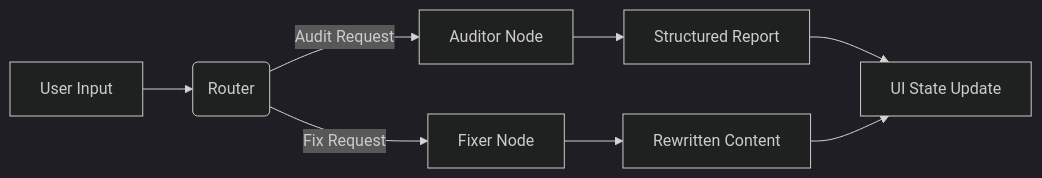
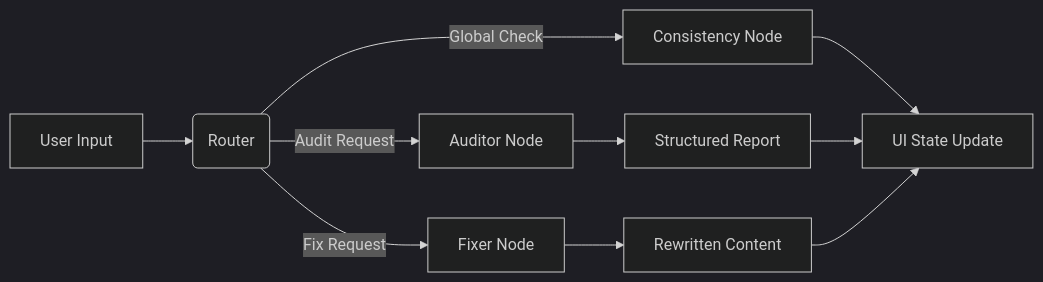
The diagram in README.md (TriT-AI/brainstormpw), drawn with Mermaid (dark theme) before and after one commit. The commit also changed other lines of this file and 8 other files, not shown here.

Commit message:
feat: implement global audit consistency check, update UI, and restore auditor logic

````diff
--- a/README.md
+++ b/README.md
@@ -28,10 +29,12 @@
 ```mermaid
 graph LR
     A[User Input] --> B(Router)
     B -->|Audit Request| C[Auditor Node]
     B -->|Fix Request| D[Fixer Node]
+    B -->|Global Check| H[Consistency Node]
     C --> E[Structured Report]
     D --> F[Rewritten Content]
-    E --> G[UI State Update]
+    H --> G[UI State Update]
+    E --> G
     F --> G
 ```
````
